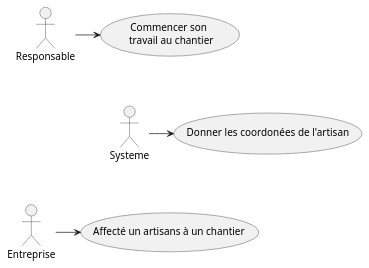
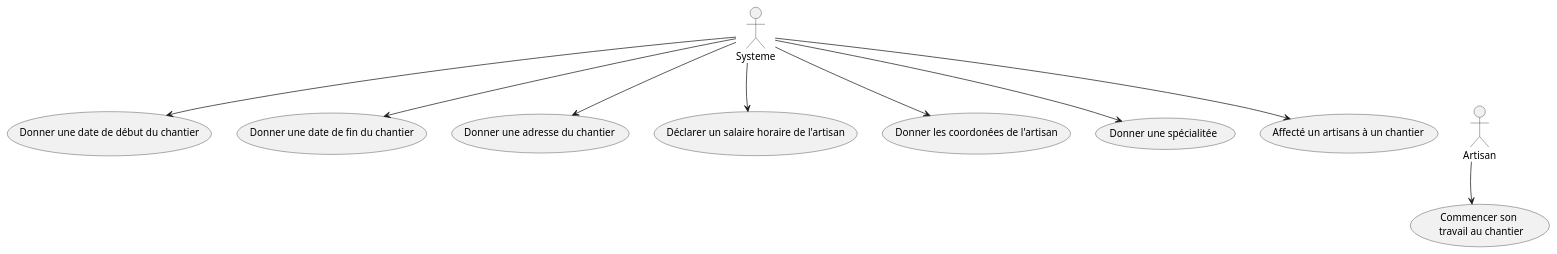
Before and after one commit to IUT-Blagnac/r2-01-conception-td5-Christopher973: the diagram in diagrammes/uc.plantuml, drawn with PlantUML.

Commit message:
ajout usecase

```diff
--- a/diagrammes/uc.plantuml
+++ b/diagrammes/uc.plantuml
@@ -1,29 +1,41 @@
 @startuml
 
-usecase r as "Commencer son \n travail au chantier"
+usecase start as "Commencer son \n travail au chantier"
 
 
-usecase d as "Donner une spécialitée"
-usecase d as "Affecté un artisans à un chantier"
+usecase specialite as "Donner une spécialitée"
+usecase affecter as "Affecté un artisans à un chantier"
 
 
-usecase s as "Donner une date de début du chantier"
-usecase s as "Donner une date de fin du chantier"
-usecase s as "Donner une adresse du chantier"
-usecase s as "Déclarer un salaire horaire de l'artisan"
-usecase s as "Donner les coordonées de l'artisan"
+usecase debut as "Donner une date de début du chantier"
+usecase fin as "Donner une date de fin du chantier"
+usecase adresse as "Donner une adresse du chantier"
+usecase horaire as "Déclarer un salaire horaire de l'artisan"
+usecase coord as "Donner les coordonées de l'artisan"
 
-actor Responsable
-actor Entreprise 
+actor Artisan
 actor Systeme
 
 'Pour aligner les 2 acteurs :
-r -[hidden]-> d
-r -[hidden]-> s
-s -[hidden]-> d
+Systeme -[hidden]-> debut
+Systeme -[hidden]-> fin
+Systeme -[hidden]-> adresse
+Systeme -[hidden]-> horaire
+Systeme -[hidden]-> coord
+Systeme -[hidden]-> specialite
+Systeme -[hidden]-> affecter
 
-Responsable -> r
-Entreprise -> d
-Systeme -> s
+Systeme -[hidden]-> Artisan
 
+Artisan -[hidden]-> start
+
+Systeme -> debut
+Systeme -> fin
+Systeme -> adresse
+Systeme -> horaire 
+Systeme -> coord
+Systeme -> specialite
+Systeme -> affecter
+
+Artisan -> start
 @enduml
```
